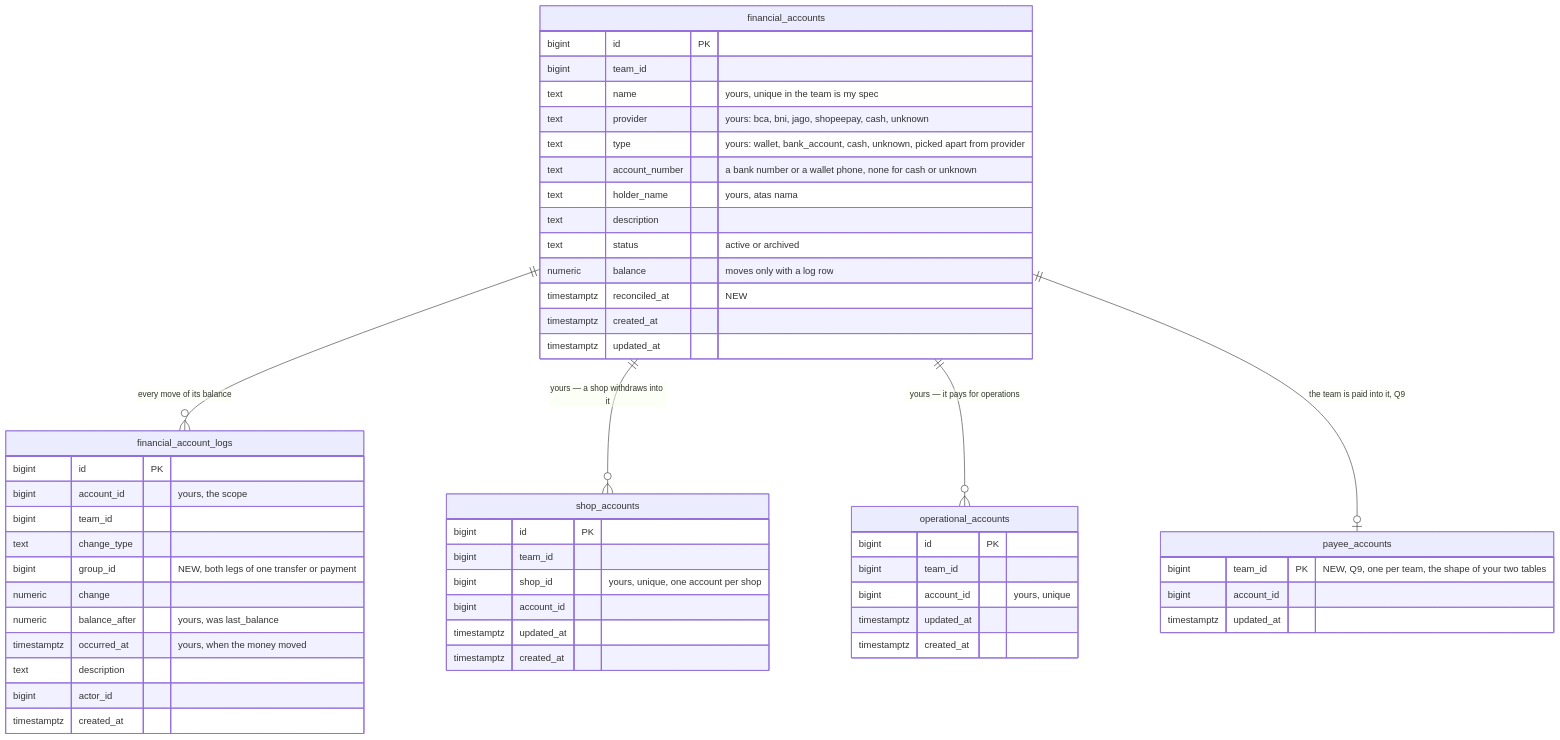
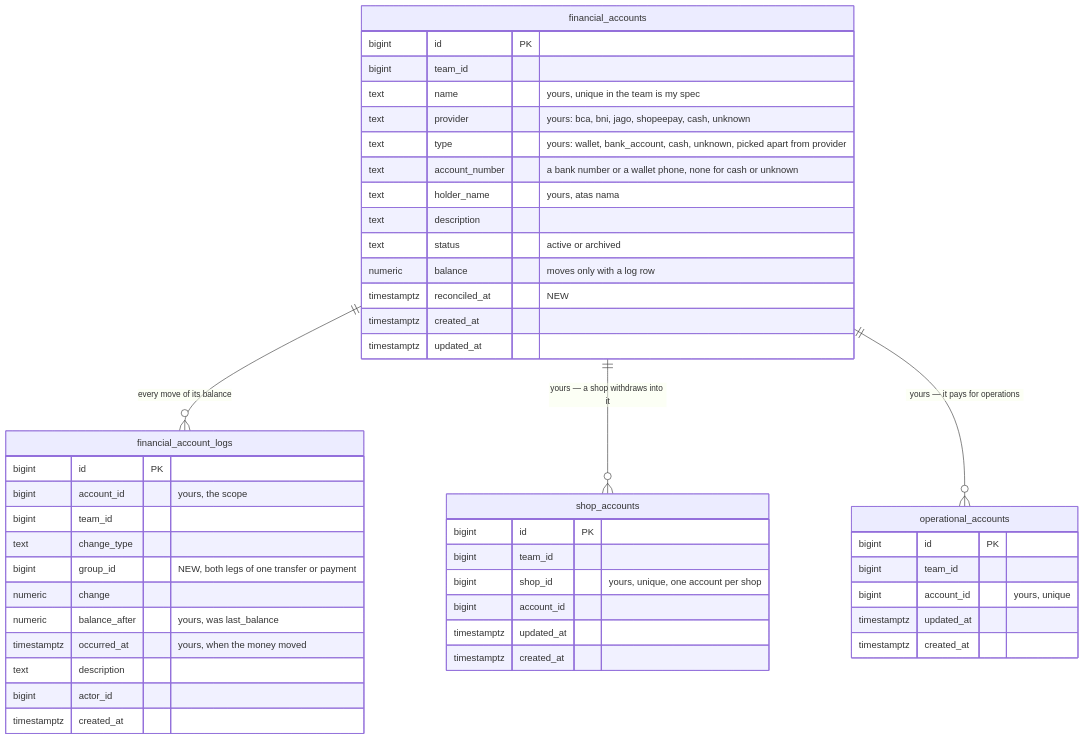
The fifth of 5 diagrams in docs/business/financial_account/context_clarify.md (pdcgo/warehouse_revamp), drawn with Mermaid before and after one commit. The commit also changed other lines of this file and 3 other files, not shown here.

First line of the commit message:
financial_account: record the-team-description-says-where-to-pay - no question left

````diff
--- a/docs/business/financial_account/context_clarify.md
+++ b/docs/business/financial_account/context_clarify.md
@@ -240,55 +239,49 @@
 ```mermaid
 erDiagram
   financial_accounts ||--o{ financial_account_logs : "every move of its balance"
   financial_accounts ||--o{ shop_accounts : "yours — a shop withdraws into it"
   financial_accounts ||--o{ operational_accounts : "yours — it pays for operations"
-  financial_accounts ||--o| payee_accounts : "the team is paid into it, Q9"
   financial_accounts {
     bigint id PK
     bigint team_id
     text name "yours, unique in the team is my spec"
     text provider "yours: bca, bni, jago, shopeepay, cash, unknown"
     text type "yours: wallet, bank_account, cash, unknown, picked apart from provider"
     text account_number "a bank number or a wallet phone, none for cash or unknown"
     text holder_name "yours, atas nama"
     text description
     text status "active or archived"
     numeric balance "moves only with a log row"
     timestamptz reconciled_at "NEW"
     timestamptz created_at
     timestamptz updated_at
   }
   financial_account_logs {
     bigint id PK
     bigint account_id "yours, the scope"
     bigint team_id
     text change_type
     bigint group_id "NEW, both legs of one transfer or payment"
     numeric change
     numeric balance_after "yours, was last_balance"
     timestamptz occurred_at "yours, when the money moved"
     text description
     bigint actor_id
     timestamptz created_at
   }
   shop_accounts {
     bigint id PK
     bigint team_id
     bigint shop_id "yours, unique, one account per shop"
     bigint account_id
     timestamptz updated_at
     timestamptz created_at
   }
   operational_accounts {
     bigint id PK
     bigint team_id
     bigint account_id "yours, unique"
     timestamptz updated_at
     timestamptz created_at
   }
-  payee_accounts {
-    bigint team_id PK "NEW, Q9, one per team, the shape of your two tables"
-    bigint account_id
-    timestamptz updated_at
-  }
 ```
````
